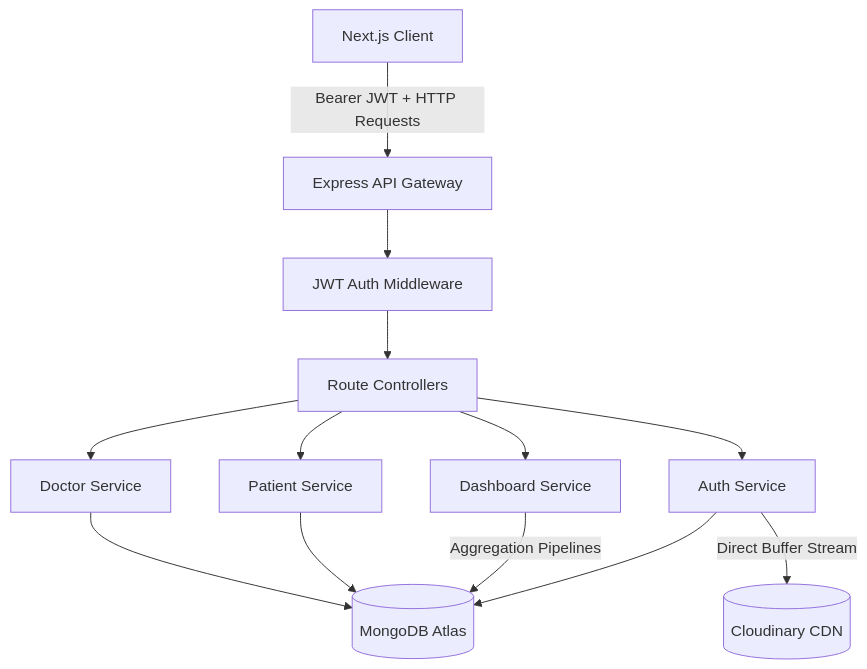
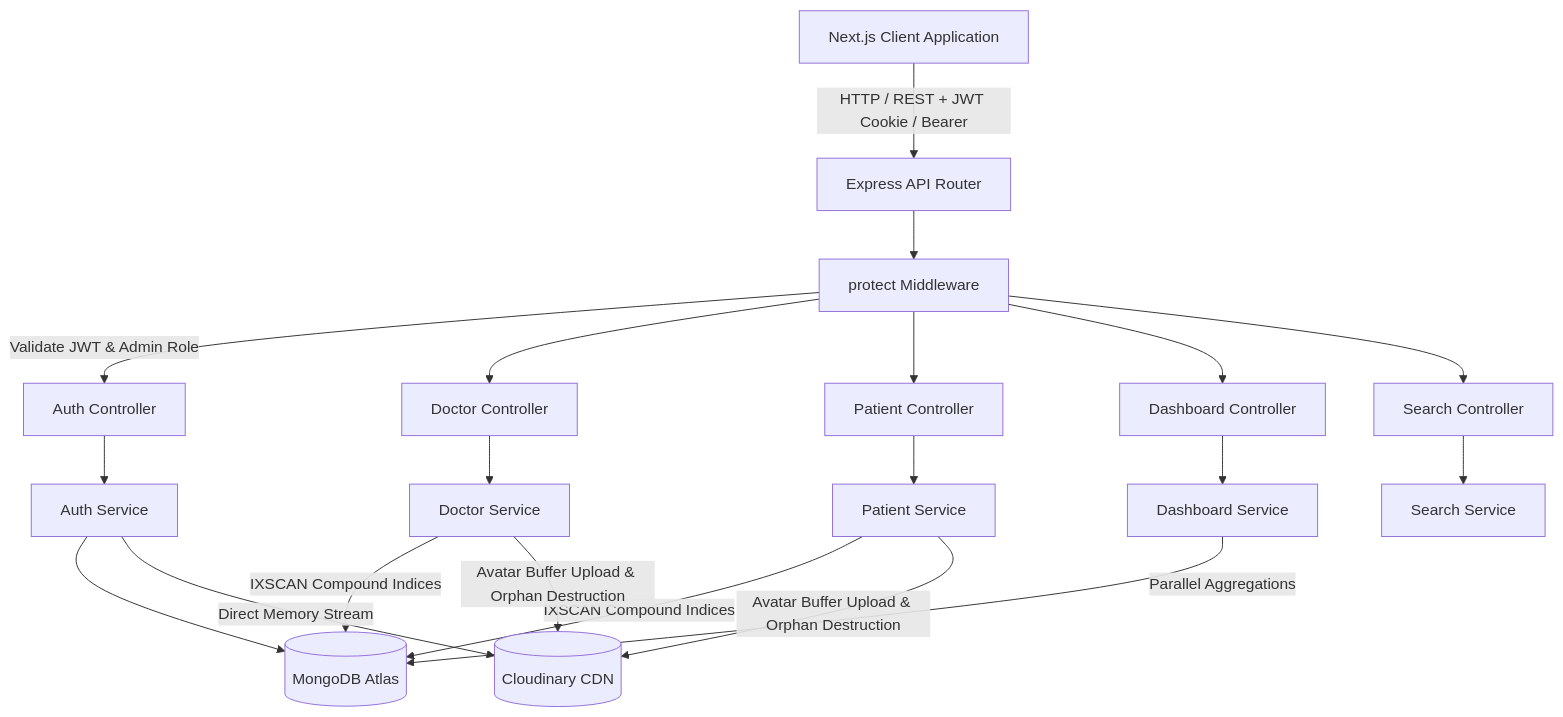
One commit to BiswanathBD/DoctorTracker-Backend changed the diagram in README.md. Above: the diagram before and after it, drawn with Mermaid. The commit also changed other lines of this file and 1 other file, not shown here.

````diff
--- a/README.md
+++ b/README.md
@@ -69,17 +77,26 @@
 ```mermaid
 flowchart TD
-    Client[Next.js Client] -->|Bearer JWT + HTTP Requests| API[Express API Gateway]
-    API --> AuthMiddleware[JWT Auth Middleware]
-    AuthMiddleware --> Controllers[Route Controllers]
+    Client[Next.js Client Application] -->|HTTP / REST + JWT Cookie / Bearer| Gateway[Express API Router]
     
-    Controllers --> AuthService[Auth Service]
-    Controllers --> DoctorService[Doctor Service]
-    Controllers --> PatientService[Patient Service]
-    Controllers --> DashboardService[Dashboard Service]
-    
-    DoctorService --> Mongo[(MongoDB Atlas)]
-    PatientService --> Mongo
-    DashboardService -->|Aggregation Pipelines| Mongo
-    AuthService --> Mongo
-    AuthService -->|Direct Buffer Stream| Cloudinary[(Cloudinary CDN)]
+    Gateway --> Protect[protect Middleware]
+    Protect -->|Validate JWT & Admin Role| AuthCtrl[Auth Controller]
+    Protect --> DoctorCtrl[Doctor Controller]
+    Protect --> PatientCtrl[Patient Controller]
+    Protect --> DashCtrl[Dashboard Controller]
+    Protect --> SearchCtrl[Search Controller]
+
+    AuthCtrl --> AuthService[Auth Service]
+    DoctorCtrl --> DoctorService[Doctor Service]
+    PatientCtrl --> PatientService[Patient Service]
+    DashCtrl --> DashService[Dashboard Service]
+    SearchCtrl --> SearchService[Search Service]
+
+    DoctorService -->|IXSCAN Compound Indices| DB[(MongoDB Atlas)]
+    PatientService -->|IXSCAN Compound Indices| DB
+    DashService -->|Parallel Aggregations| DB
+    AuthService --> DB
+
+    AuthService -->|Direct Memory Stream| Cloudinary[(Cloudinary CDN)]
+    DoctorService -->|Avatar Buffer Upload & Orphan Destruction| Cloudinary
+    PatientService -->|Avatar Buffer Upload & Orphan Destruction| Cloudinary
 ```
````
